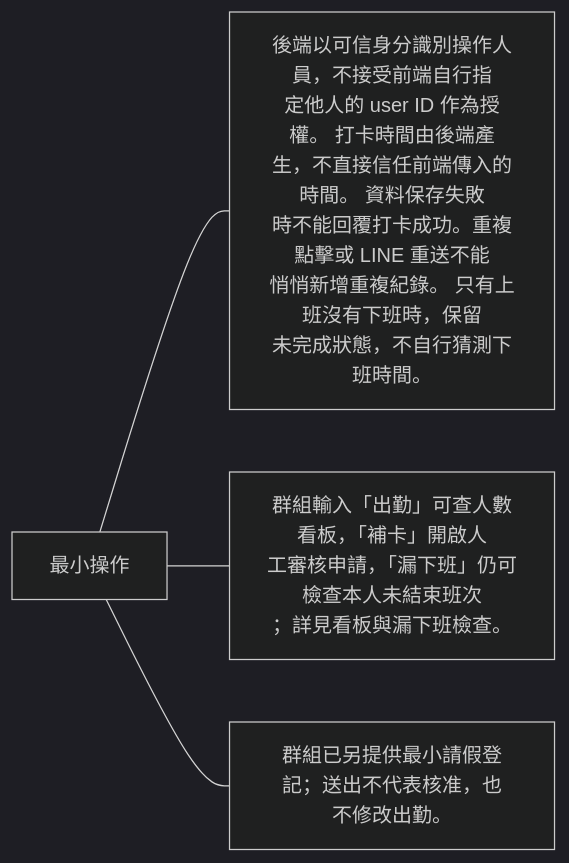
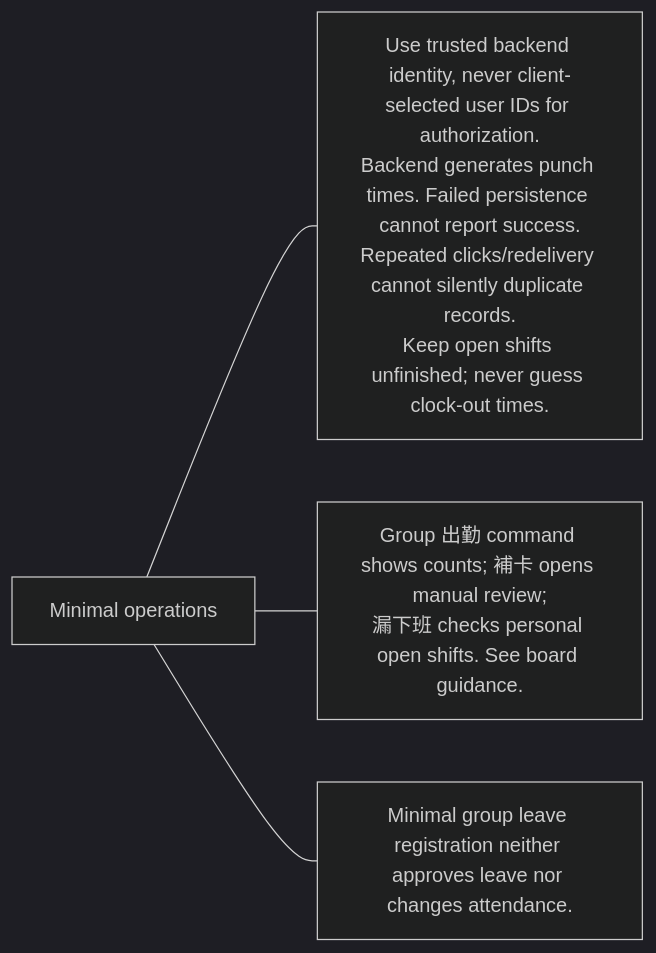
The third of 15 diagrams in docs/domains/attendance/README.md (963sup/line-mini-app-bot), drawn with Mermaid (dark theme) before and after one commit. The commit also changed other lines of this file and 341 other files, not shown here.

````diff
--- a/docs/domains/attendance/README.md
+++ b/docs/domains/attendance/README.md
@@ -89,9 +103,9 @@
 ```mermaid
 flowchart LR
-  h["最小操作"]
-  h --- n0["後端以可信身分識別操作人員，不接受前端自行指<br/>定他人的 user ID 作為授權。 打卡時間由後端產<br/>生，不直接信任前端傳入的時間。 資料保存失敗<br/>時不能回覆打卡成功。重複點擊或 LINE 重送不能<br/>悄悄新增重複紀錄。 只有上班沒有下班時，保留<br/>未完成狀態，不自行猜測下班時間。"]
-  h --- n1["群組輸入「出勤」可查人數看板，「補卡」開啟人<br/>工審核申請，「漏下班」仍可檢查本人未結束班次<br/>；詳見看板與漏下班檢查。"]
+  h["Minimal operations"]
+  h --- n0["Use trusted backend identity, never client-selected user IDs for authorization.<br/>Backend generates punch times. Failed persistence cannot report success.<br/>Repeated clicks/redelivery cannot silently duplicate records.<br/>Keep open shifts unfinished; never guess clock-out times."]
+  h --- n1["Group 出勤 command shows counts; 補卡 opens manual review;<br/>漏下班 checks personal open shifts. See board guidance."]
   click n1 "board.md"
-  h --- n2["群組已另提供最小請假登記；送出不代表核准，也<br/>不修改出勤。"]
+  h --- n2["Minimal group leave registration neither approves leave nor changes attendance."]
   click n2 "leave.md"
 ```
````
